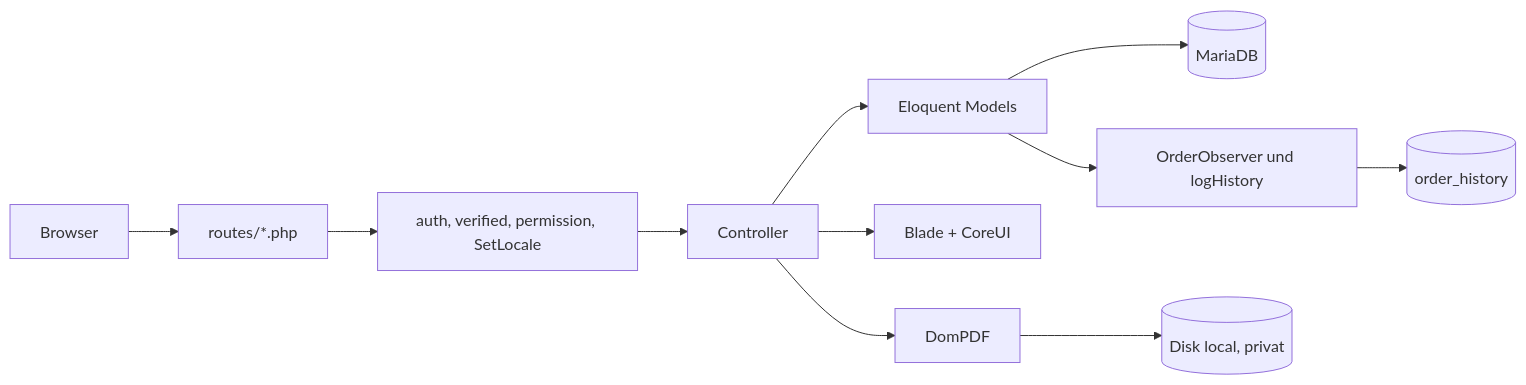
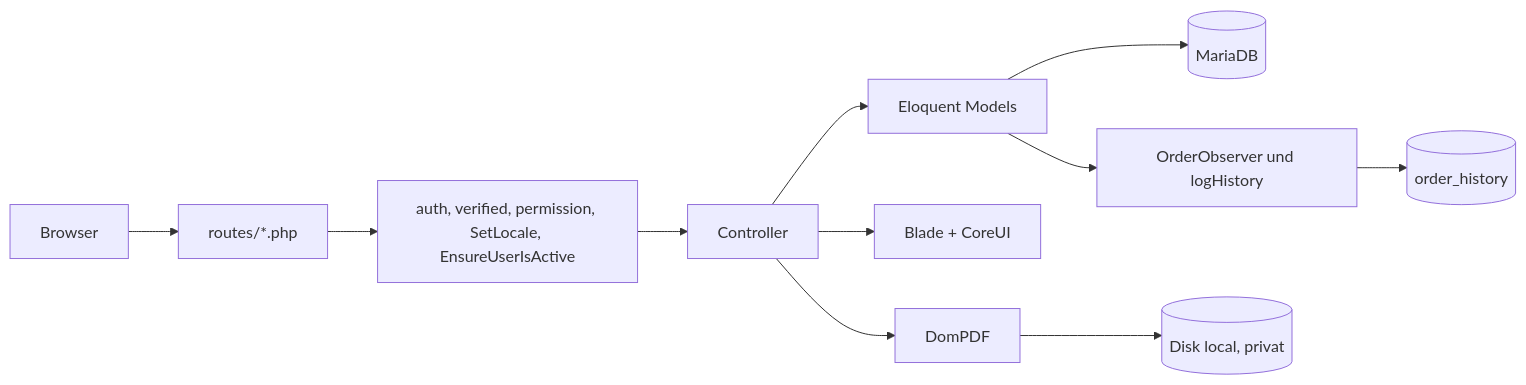
The diagram in docs/01-architektur.md (DodoMoep/RMS), drawn with Mermaid before and after one commit. The commit also changed other lines of this file and 22 other files, not shown here.

````diff
--- a/docs/01-architektur.md
+++ b/docs/01-architektur.md
@@ -71,13 +71,13 @@
 ```mermaid
 flowchart LR
     Browser --> Routes[routes/*.php]
-    Routes --> MW[auth, verified, permission, SetLocale]
+    Routes --> MW[auth, verified, permission, SetLocale, EnsureUserIsActive]
     MW --> Ctrl[Controller]
     Ctrl --> Model[Eloquent Models]
     Model --> DB[(MariaDB)]
     Ctrl --> View[Blade + CoreUI]
     Ctrl --> PDF[DomPDF]
     PDF --> Disk[(Disk local, privat)]
     Model --> Obs[OrderObserver und logHistory]
     Obs --> Hist[(order_history)]
 ```
````
